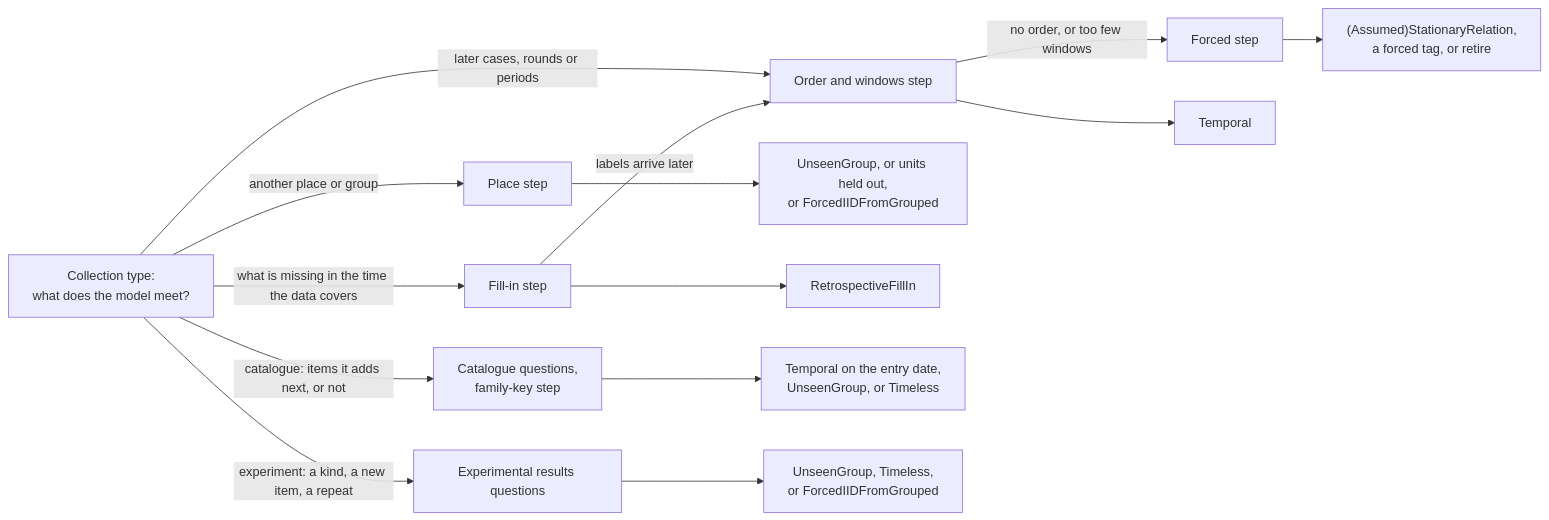
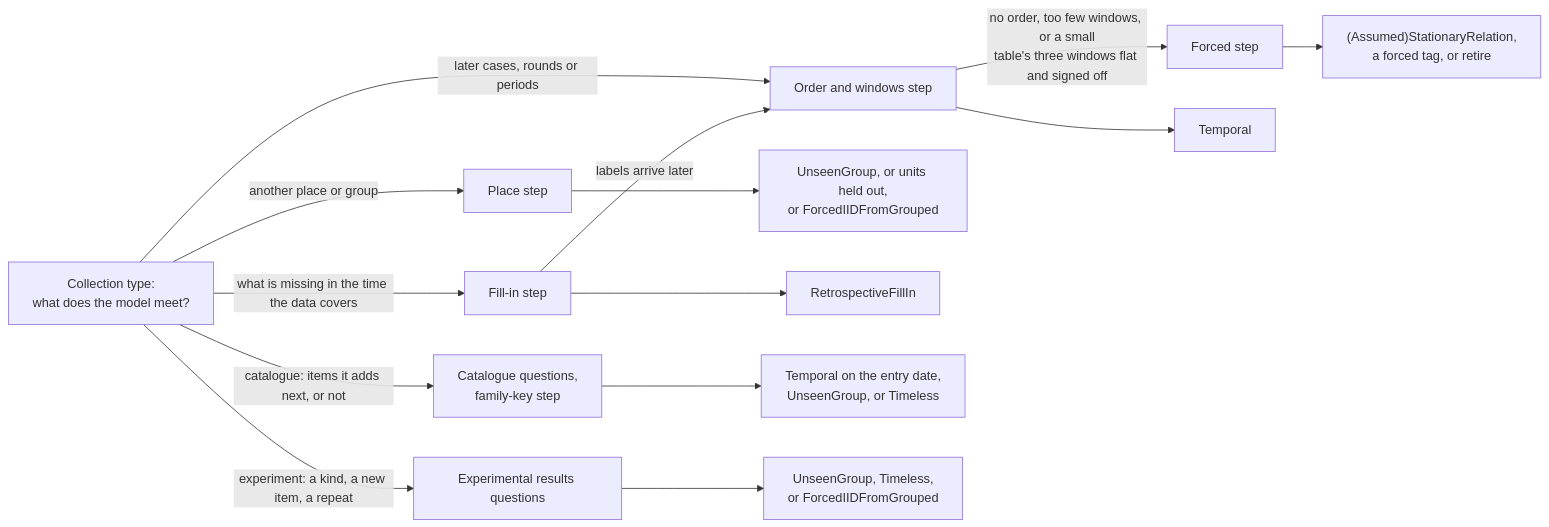
Before and after one commit to TabArena/data-foundry: the diagram in .claude/skills/knowledge-curation/references/split_tree.md, drawn with Mermaid. The commit also changed other lines of this file and 18 other files, not shown here.

First line of the commit message:
Split departures decided, and small tables with three windows (#127)

````diff
--- a/.claude/skills/knowledge-curation/references/split_tree.md
+++ b/.claude/skills/knowledge-curation/references/split_tree.md
@@ -92,16 +92,16 @@
 ```mermaid
 flowchart LR
   T["Collection type:<br/>what does the model meet?"] -->|"another place or group"| P["Place step"]
   T -->|"what is missing in the time the data covers"| F["Fill-in step"]
   T -->|"later cases, rounds or periods"| O["Order and windows step"]
   T -->|"catalogue: items it adds next, or not"| K["Catalogue questions,<br/>family-key step"]
   T -->|"experiment: a kind, a new item, a repeat"| E["Experimental results questions"]
   F -->|"labels arrive later"| O
-  O -->|"no order, or too few windows"| X["Forced step"]
+  O -->|"no order, too few windows, or a small<br/>table's three windows flat and signed off"| X["Forced step"]
   P --> LP["UnseenGroup, or units held out,<br/>or ForcedIIDFromGrouped"]
   F --> LF["RetrospectiveFillIn"]
   O --> LO["Temporal"]
   X --> LX["(Assumed)StationaryRelation,<br/>a forced tag, or retire"]
   K --> LK["Temporal on the entry date,<br/>UnseenGroup, or Timeless"]
   E --> LE["UnseenGroup, Timeless,<br/>or ForcedIIDFromGrouped"]
 ```
````
